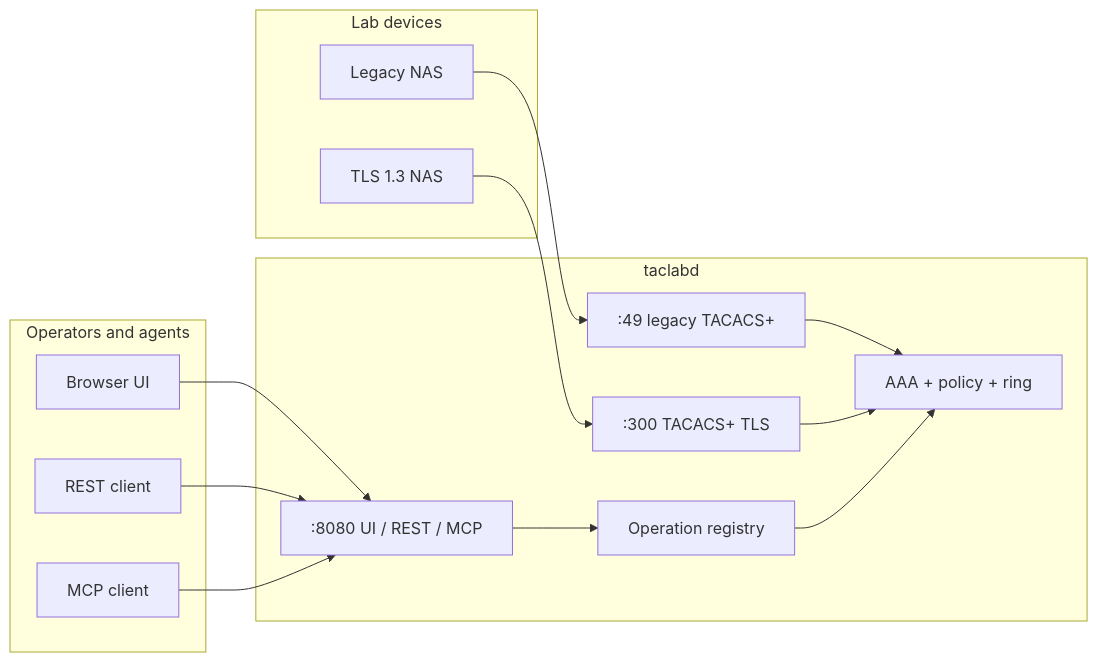
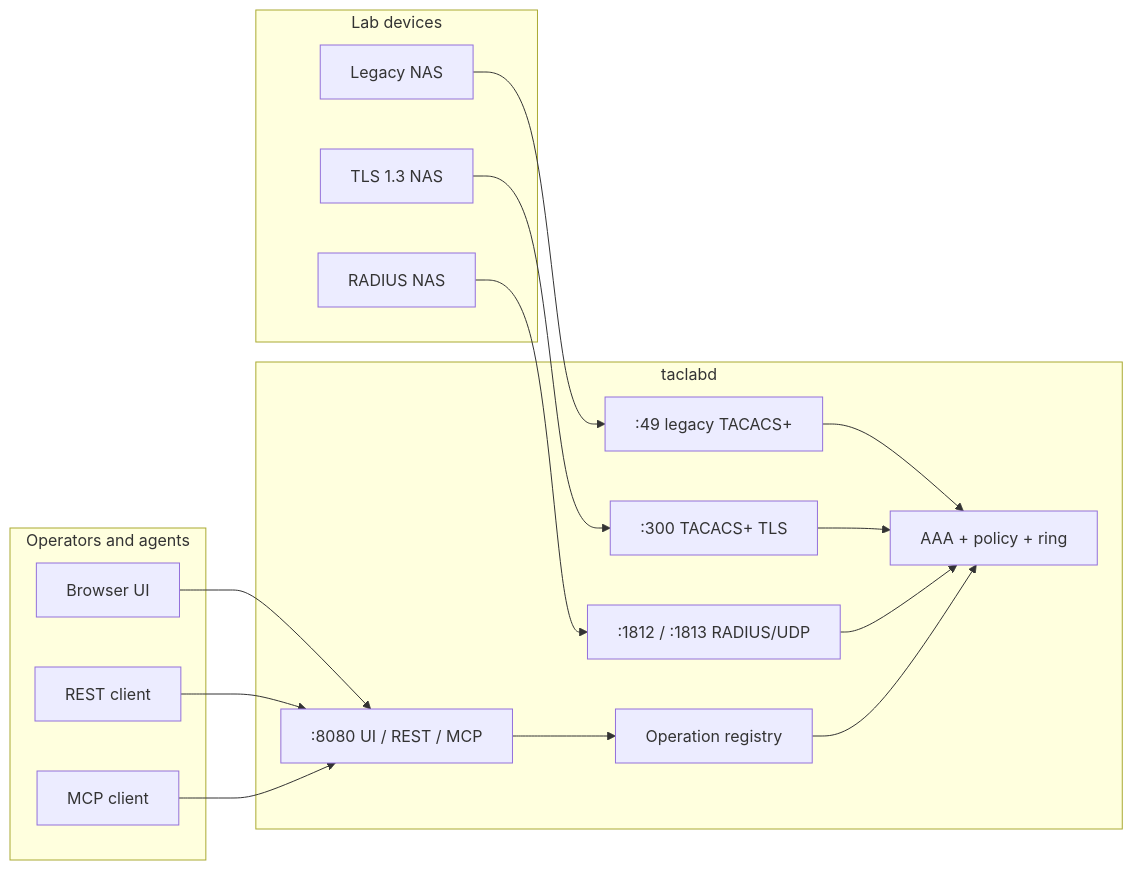
The diagram in README.md (hilather/go-lab-tacacs-mcp), drawn with Mermaid before and after one commit. The commit also changed other lines of this file and 7 other files, not shown here.

````diff
--- a/README.md
+++ b/README.md
@@ -51,27 +51,31 @@
 ```mermaid
 flowchart LR
   subgraph devices [Lab devices]
     L[Legacy NAS]
     T[TLS 1.3 NAS]
+    U[RADIUS NAS]
   end
   subgraph operators [Operators and agents]
     B[Browser UI]
     R[REST client]
     M[MCP client]
   end
   subgraph taclabd [taclabd]
     LEG[":49 legacy TACACS+"]
     TLS[":300 TACACS+ TLS"]
+    RAD[":1812 / :1813 RADIUS/UDP"]
     HTTP[":8080 UI / REST / MCP"]
     OPS[Operation registry]
     AAA[AAA + policy + ring]
   end
   L --> LEG
   T --> TLS
+  U --> RAD
   B --> HTTP
   R --> HTTP
   M --> HTTP
   LEG --> AAA
   TLS --> AAA
+  RAD --> AAA
   HTTP --> OPS --> AAA
 ```
````
